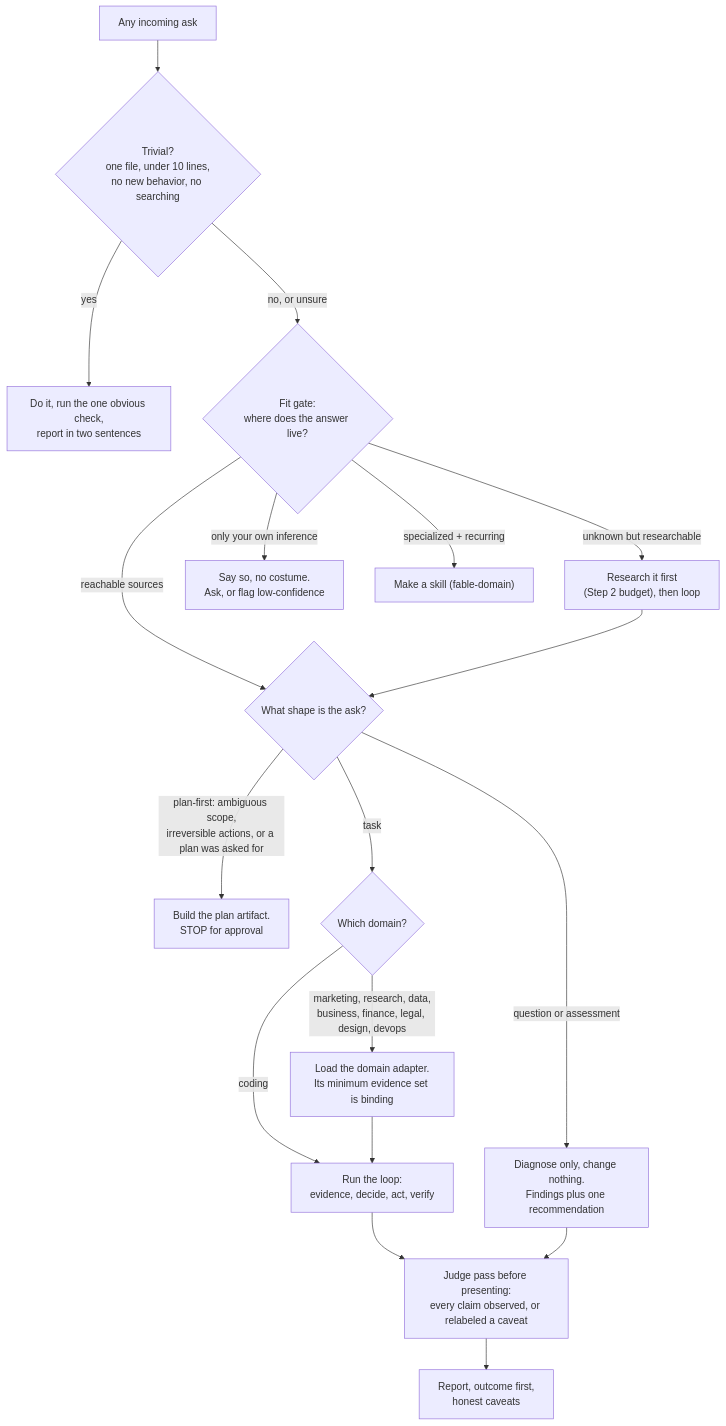
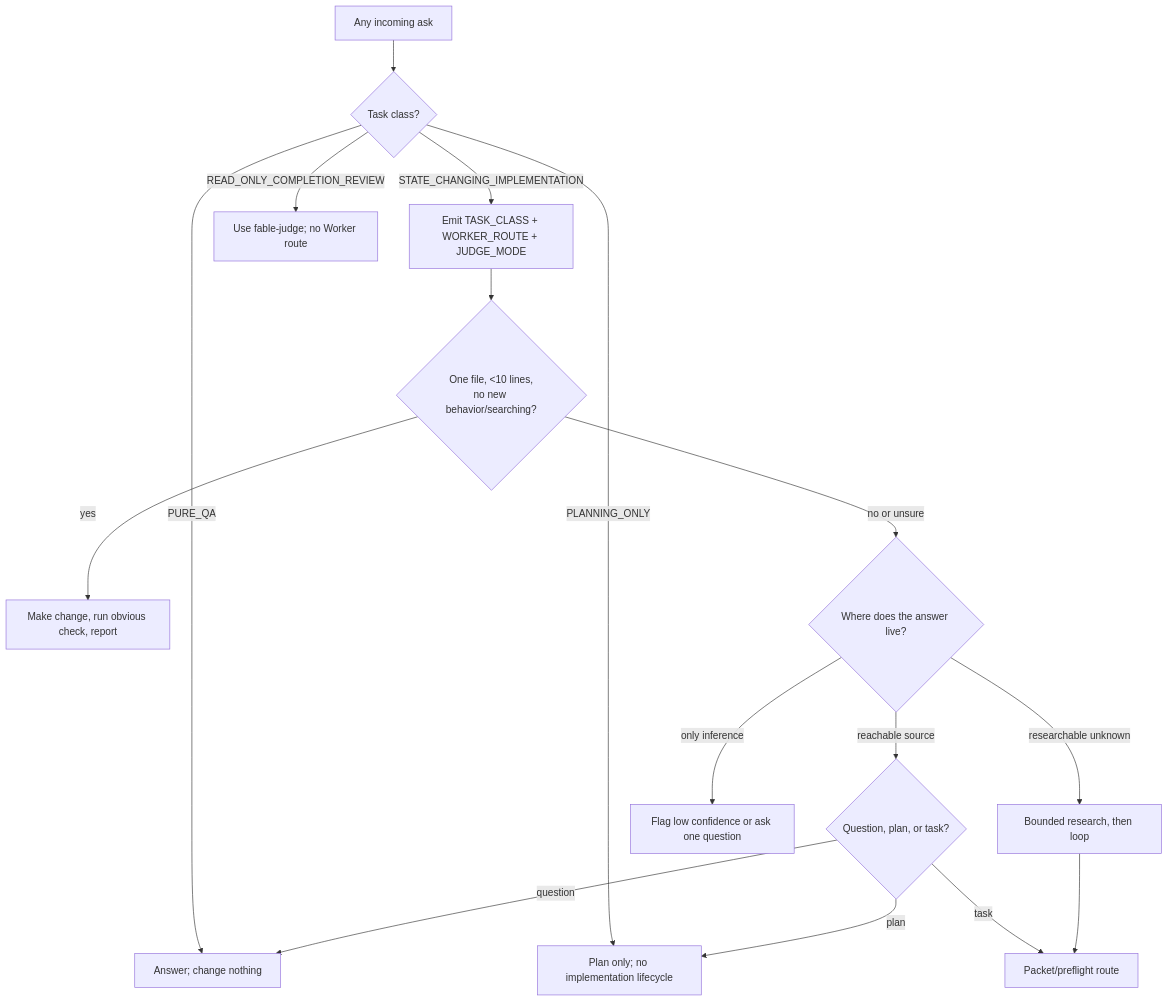
Before and after one commit to kelvinhuang0327/skill: the first of 5 diagrams in fable-method/platforms/gemini/fable-method/references/flowcharts.md, drawn with Mermaid. The commit also changed other lines of this file and 63 other files, not shown here.

````diff
--- a/fable-method/platforms/gemini/fable-method/references/flowcharts.md
+++ b/fable-method/platforms/gemini/fable-method/references/flowcharts.md
@@ -7,20 +16,18 @@
 ```mermaid
 flowchart TD
-    IN["Any incoming ask"] --> TRIV{"Trivial?<br/>one file, under 10 lines,<br/>no new behavior, no searching"}
-    TRIV -->|yes| DOIT["Do it, run the one obvious check,<br/>report in two sentences"]
-    TRIV -->|"no, or unsure"| FIT{"Fit gate:<br/>where does the answer live?"}
-    FIT -->|"reachable sources"| SHAPE{"What shape is the ask?"}
-    FIT -->|"unknown but researchable"| RES["Research it first<br/>(Step 2 budget), then loop"]
-    FIT -->|"only your own inference"| INFER["Say so, no costume.<br/>Ask, or flag low-confidence"]
-    FIT -->|"specialized + recurring"| MK["Make a skill (fable-domain)"]
-    RES --> SHAPE
-    SHAPE -->|"question or assessment"| ASSESS["Diagnose only, change nothing.<br/>Findings plus one recommendation"]
-    SHAPE -->|"plan-first: ambiguous scope,<br/>irreversible actions, or a plan was asked for"| PLANF["Build the plan artifact.<br/>STOP for approval"]
-    SHAPE -->|task| DOM{"Which domain?"}
-    DOM -->|coding| LOOP2["Run the loop:<br/>evidence, decide, act, verify"]
-    DOM -->|"marketing, research, data,<br/>business, finance, legal, design, devops"| ADAPT["Load the domain adapter.<br/>Its minimum evidence set is binding"]
-    ADAPT --> LOOP2
-    LOOP2 --> JPASS["Judge pass before presenting:<br/>every claim observed, or relabeled a caveat"]
-    ASSESS --> JPASS
-    JPASS --> OUT["Report, outcome first,<br/>honest caveats"]
+    IN["Any incoming ask"] --> TC{"Task class?"}
+    TC -->|"STATE_CHANGING_IMPLEMENTATION"| OUT["Emit TASK_CLASS + WORKER_ROUTE + JUDGE_MODE"]
+    TC -->|"READ_ONLY_COMPLETION_REVIEW"| J["Use fable-judge; no Worker route"]
+    TC -->|"PLANNING_ONLY"| P["Plan only; no implementation lifecycle"]
+    TC -->|"PURE_QA"| Q["Answer; change nothing"]
+    OUT --> TRIV{"One file, <10 lines,<br/>no new behavior/searching?"}
+    TRIV -->|yes| FAST["Make change, run obvious check, report"]
+    TRIV -->|no or unsure| FIT{"Where does the answer live?"}
+    FIT -->|"reachable source"| SHAPE{"Question, plan, or task?"}
+    FIT -->|"researchable unknown"| RES["Bounded research, then loop"]
+    FIT -->|"only inference"| INF["Flag low confidence or ask one question"]
+    SHAPE -->|question| Q
+    SHAPE -->|plan| P
+    SHAPE -->|task| ROUTE["Packet/preflight route"]
+    RES --> ROUTE
 ```
````
